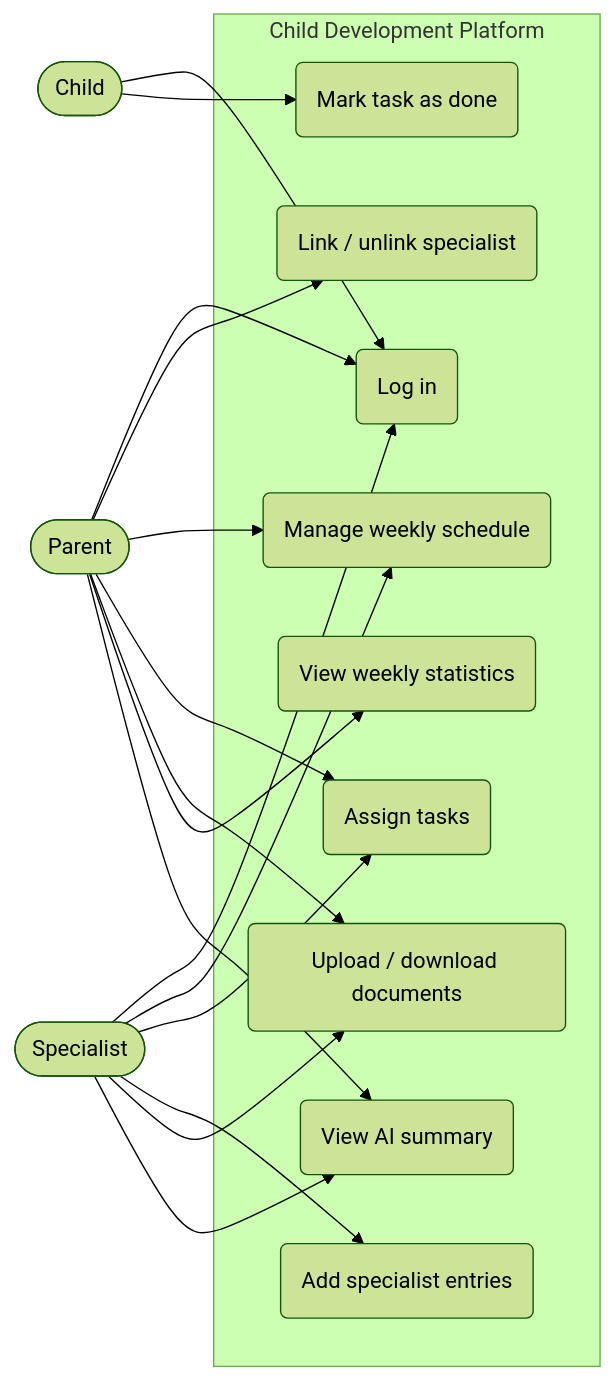
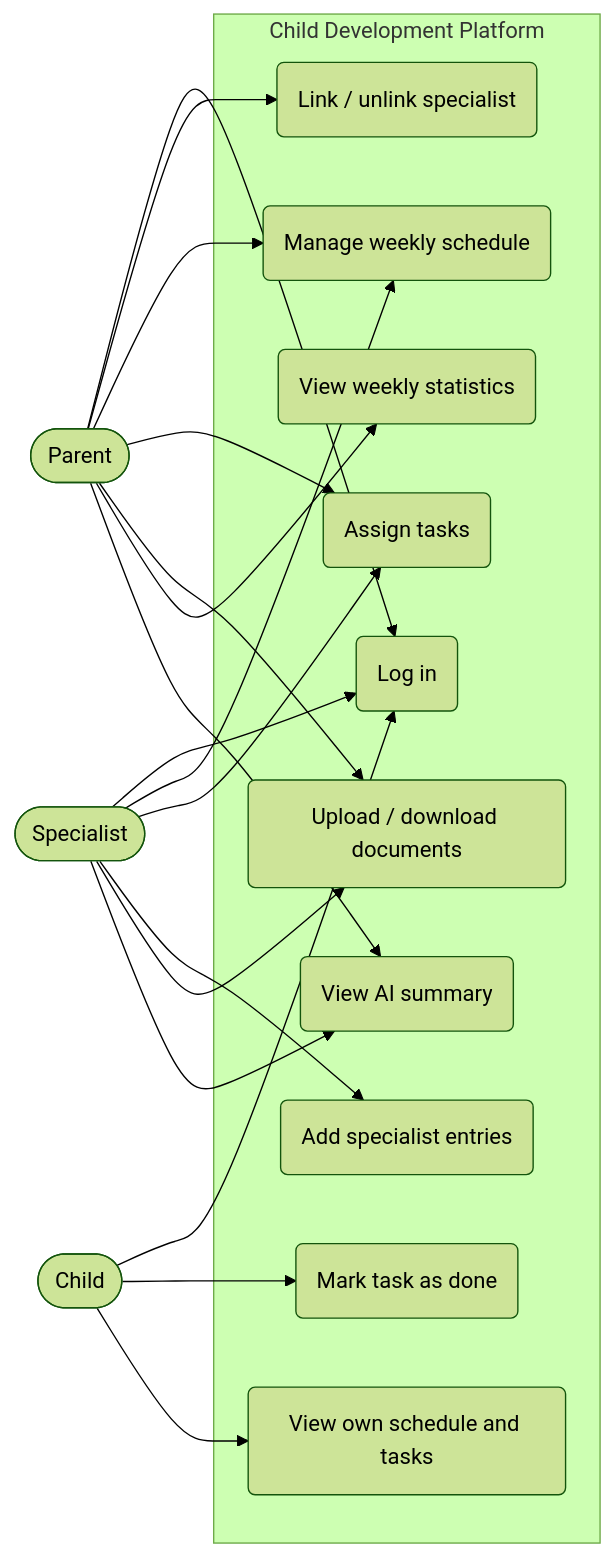
Before and after one commit to cagrianukk/seng-383: the diagram in docs/SRS.md, drawn with Mermaid (forest theme). The commit also changed other lines of this file, not shown here.

````diff
--- a/docs/SRS.md
+++ b/docs/SRS.md
@@ -137,22 +143,23 @@
 ```mermaid
 flowchart LR
     Parent([Parent])
     Specialist([Specialist])
     Child([Child])
 
     subgraph System["Child Development Platform"]
         UC1(Log in)
         UC2(Link / unlink specialist)
         UC3(Manage weekly schedule)
         UC4(Assign tasks)
         UC5(Mark task as done)
         UC6(Add specialist entries)
         UC7(Upload / download documents)
         UC8(View weekly statistics)
         UC9(View AI summary)
+        UC10(View own schedule and tasks)
     end
 
     Parent --> UC1 & UC2 & UC3 & UC4 & UC7 & UC8 & UC9
     Specialist --> UC1 & UC3 & UC4 & UC6 & UC7 & UC9
-    Child --> UC1 & UC5
+    Child --> UC1 & UC5 & UC10
 ```
````
